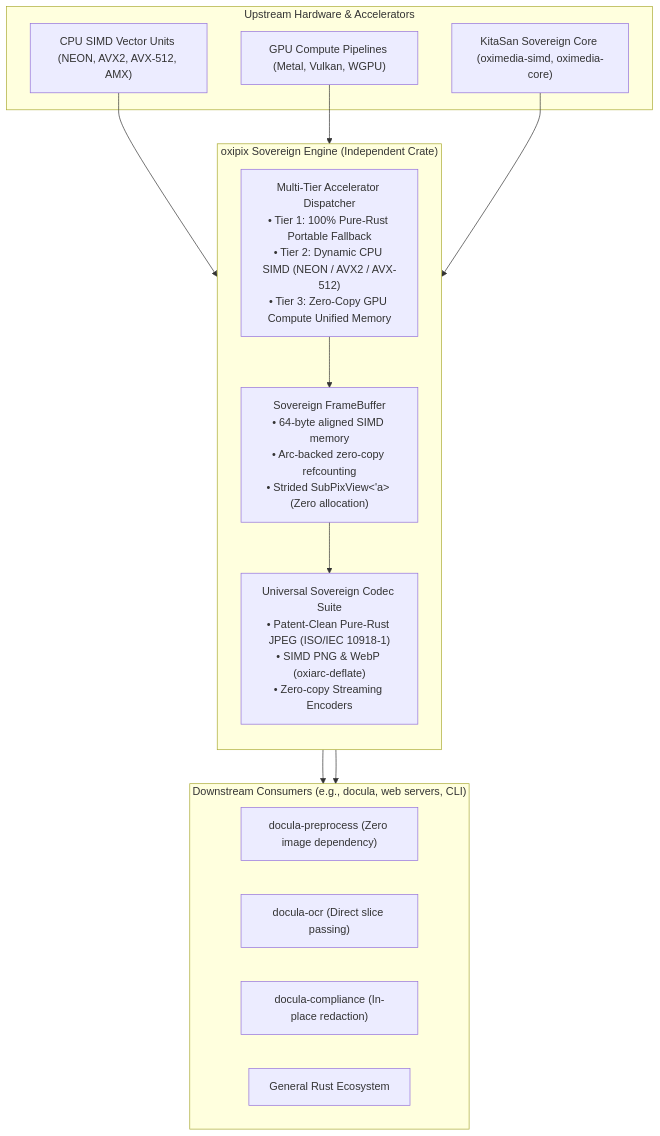
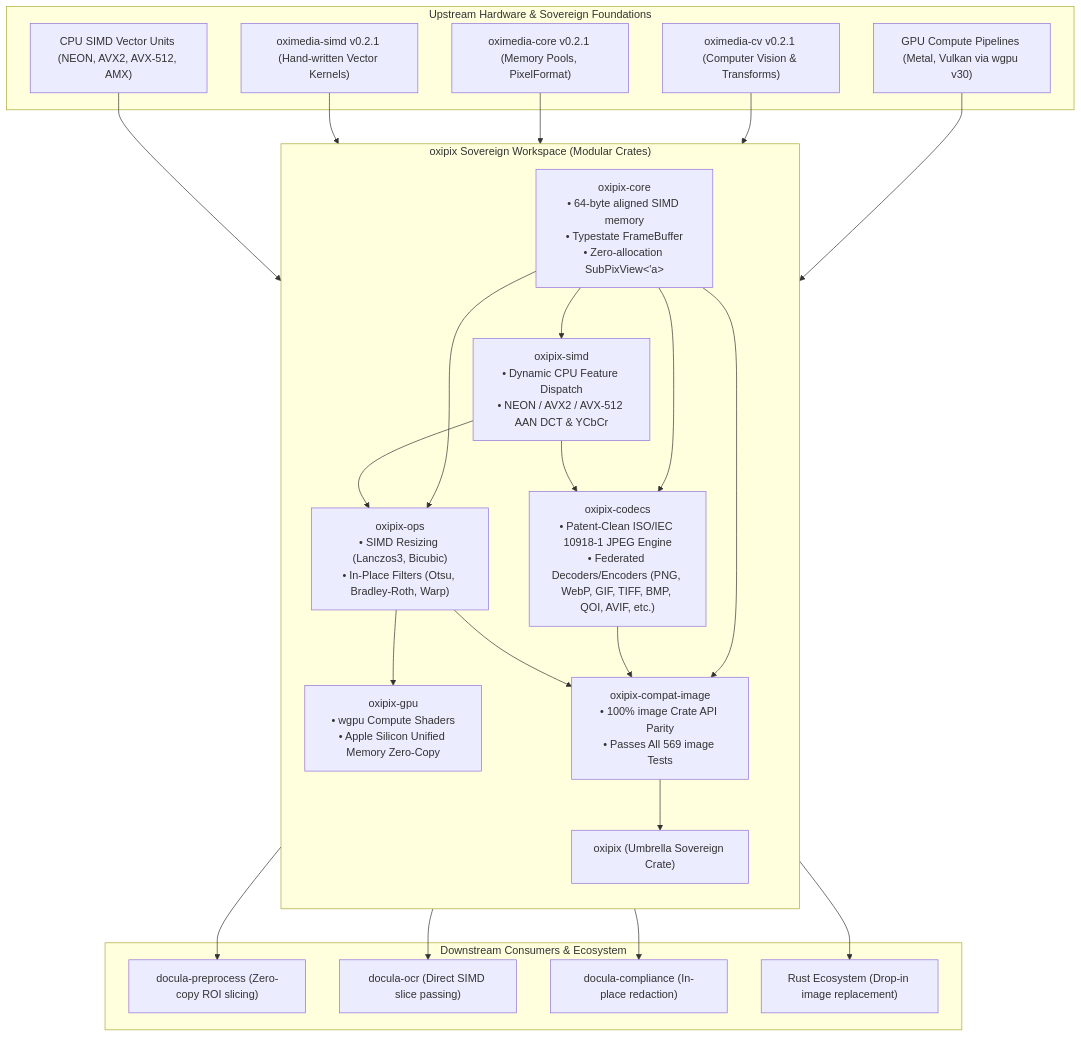
The diagram in docs/00_TECHNICAL_ASSESSMENT.md (yasuomaidana/oxipix), drawn with Mermaid before and after one commit. The commit also changed other lines of this file and 6 other files, not shown here.

````diff
--- a/docs/00_TECHNICAL_ASSESSMENT.md
+++ b/docs/00_TECHNICAL_ASSESSMENT.md
@@ -19,30 +23,50 @@
 ```mermaid
 flowchart TD
-    subgraph Upstream["Upstream Hardware & Accelerators"]
+    subgraph UpstreamAccelerators["Upstream Hardware & Sovereign Foundations"]
         CPU_SIMD["CPU SIMD Vector Units (NEON, AVX2, AVX-512, AMX)"]
-        GPU_ACCEL["GPU Compute Pipelines (Metal, Vulkan, WGPU)"]
-        KITA_STACK["KitaSan Sovereign Core (oximedia-simd, oximedia-core)"]
+        GPU_ACCEL["GPU Compute Pipelines (Metal, Vulkan via wgpu v30)"]
+        KITA_CORE["oximedia-core v0.2.1 (Memory Pools, PixelFormat)"]
+        KITA_SIMD["oximedia-simd v0.2.1 (Hand-written Vector Kernels)"]
+        KITA_CV["oximedia-cv v0.2.1 (Computer Vision & Transforms)"]
     end
 
-    subgraph OxipixCore["oxipix Sovereign Engine (Independent Crate)"]
+    subgraph OxipixWorkspace["oxipix Sovereign Workspace (Modular Crates)"]
         direction TB
-        Buffer["Sovereign FrameBuffer<Format, State><br/>• 64-byte aligned SIMD memory<br/>• Arc-backed zero-copy refcounting<br/>• Strided SubPixView<'a> (Zero allocation)"]
-        Dispatcher["Multi-Tier Accelerator Dispatcher<br/>• Tier 1: 100% Pure-Rust Portable Fallback<br/>• Tier 2: Dynamic CPU SIMD (NEON / AVX2 / AVX-512)<br/>• Tier 3: Zero-Copy GPU Compute Unified Memory"]
-        Codecs["Universal Sovereign Codec Suite<br/>• Patent-Clean Pure-Rust JPEG (ISO/IEC 10918-1)<br/>• SIMD PNG & WebP (oxiarc-deflate)<br/>• Zero-copy Streaming Encoders"]
+        Core["oxipix-core<br/>• 64-byte aligned SIMD memory<br/>• Typestate FrameBuffer<Format, State><br/>• Zero-allocation SubPixView<'a>"]
+        SIMD["oxipix-simd<br/>• Dynamic CPU Feature Dispatch<br/>• NEON / AVX2 / AVX-512 AAN DCT & YCbCr"]
+        Codecs["oxipix-codecs<br/>• Patent-Clean ISO/IEC 10918-1 JPEG Engine<br/>• Federated Decoders/Encoders (PNG, WebP, GIF, TIFF, BMP, QOI, AVIF, etc.)"]
+        Ops["oxipix-ops<br/>• SIMD Resizing (Lanczos3, Bicubic)<br/>• In-Place Filters (Otsu, Bradley-Roth, Warp)"]
+        GPU["oxipix-gpu<br/>• wgpu Compute Shaders<br/>• Apple Silicon Unified Memory Zero-Copy"]
+        Compat["oxipix-compat-image<br/>• 100% image Crate API Parity<br/>• Passes All 569 image Tests"]
+        Facade["oxipix (Umbrella Sovereign Crate)"]
     end
 
-    subgraph Consumers["Downstream Consumers (e.g., docula, web servers, CLI)"]
-        DocPre["docula-preprocess (Zero image dependency)"]
-        DocOCR["docula-ocr (Direct slice passing)"]
+    subgraph DownstreamConsumers["Downstream Consumers & Ecosystem"]
+        DocPre["docula-preprocess (Zero-copy ROI slicing)"]
+        DocOCR["docula-ocr (Direct SIMD slice passing)"]
         DocComp["docula-compliance (In-place redaction)"]
-        Other["General Rust Ecosystem"]
+        GeneralRust["Rust Ecosystem (Drop-in image replacement)"]
     end
 
-    CPU_SIMD --> Dispatcher
-    GPU_ACCEL --> Dispatcher
-    KITA_STACK --> Buffer
-    Dispatcher --> Buffer
-    Buffer --> Codecs
-    Buffer --> Consumers
-    Codecs --> Consumers
+    CPU_SIMD --> SIMD
+    KITA_SIMD --> SIMD
+    KITA_CORE --> Core
+    KITA_CV --> Ops
+    GPU_ACCEL --> GPU
+
+    Core --> SIMD
+    Core --> Codecs
+    Core --> Ops
+    SIMD --> Codecs
+    SIMD --> Ops
+    Ops --> GPU
+    Core --> Compat
+    Codecs --> Compat
+    Ops --> Compat
+    Compat --> Facade
+
+    Facade --> DocPre
+    Facade --> DocOCR
+    Facade --> DocComp
+    Compat --> GeneralRust
 ```
````
